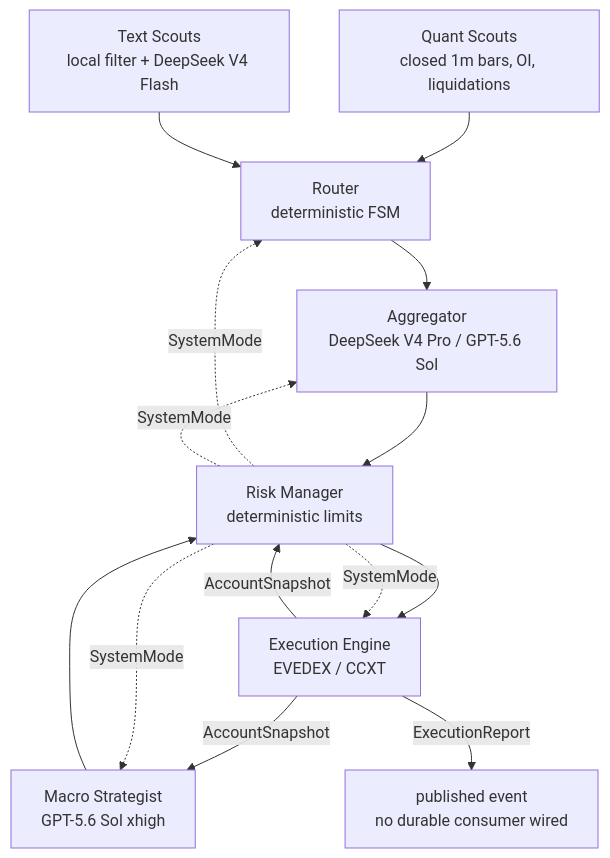
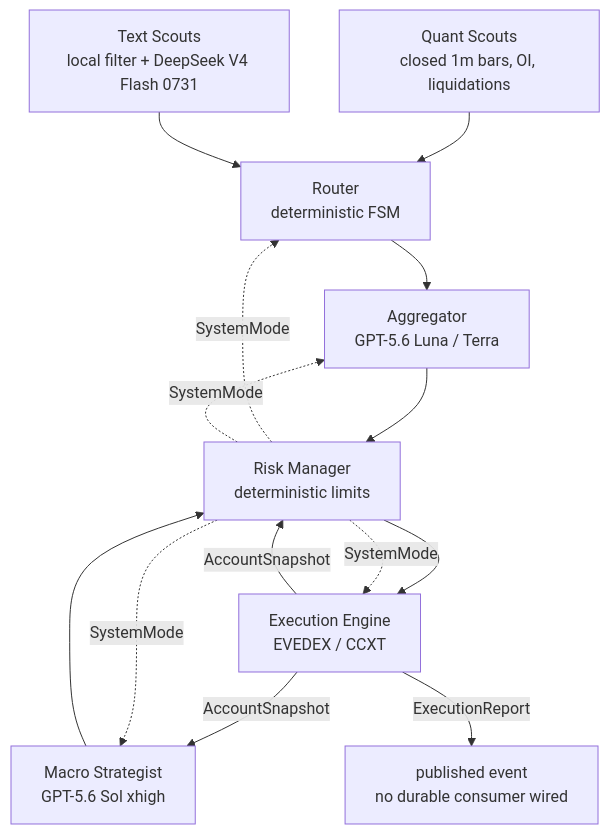
One commit to Kairos-cryptoAI/kairos changed the diagram in README.md. Above: the diagram before and after it, drawn with Mermaid. The commit also changed 8 other files, not shown here.

````diff
--- a/README.md
+++ b/README.md
@@ -7,16 +7,16 @@
 ```mermaid
 flowchart TD
     Q["Quant Scouts<br/>closed 1m bars, OI, liquidations"] --> R["Router<br/>deterministic FSM"]
-    T["Text Scouts<br/>local filter + DeepSeek V4 Flash"] --> R
-    R --> A["Aggregator<br/>DeepSeek V4 Pro / GPT-5.6 Sol"]
+    T["Text Scouts<br/>local filter + DeepSeek V4 Flash 0731"] --> R
+    R --> A["Aggregator<br/>GPT-5.6 Luna / Terra"]
     A --> K["Risk Manager<br/>deterministic limits"]
     M["Macro Strategist<br/>GPT-5.6 Sol xhigh"] --> K
     K --> E["Execution Engine<br/>EVEDEX / CCXT"]
     E -- "AccountSnapshot" --> K
     E -- "AccountSnapshot" --> M
     E -- "ExecutionReport" --> O["published event<br/>no durable consumer wired"]
     K -. "SystemMode" .-> R
     K -. "SystemMode" .-> A
     K -. "SystemMode" .-> M
     K -. "SystemMode" .-> E
 ```
````
